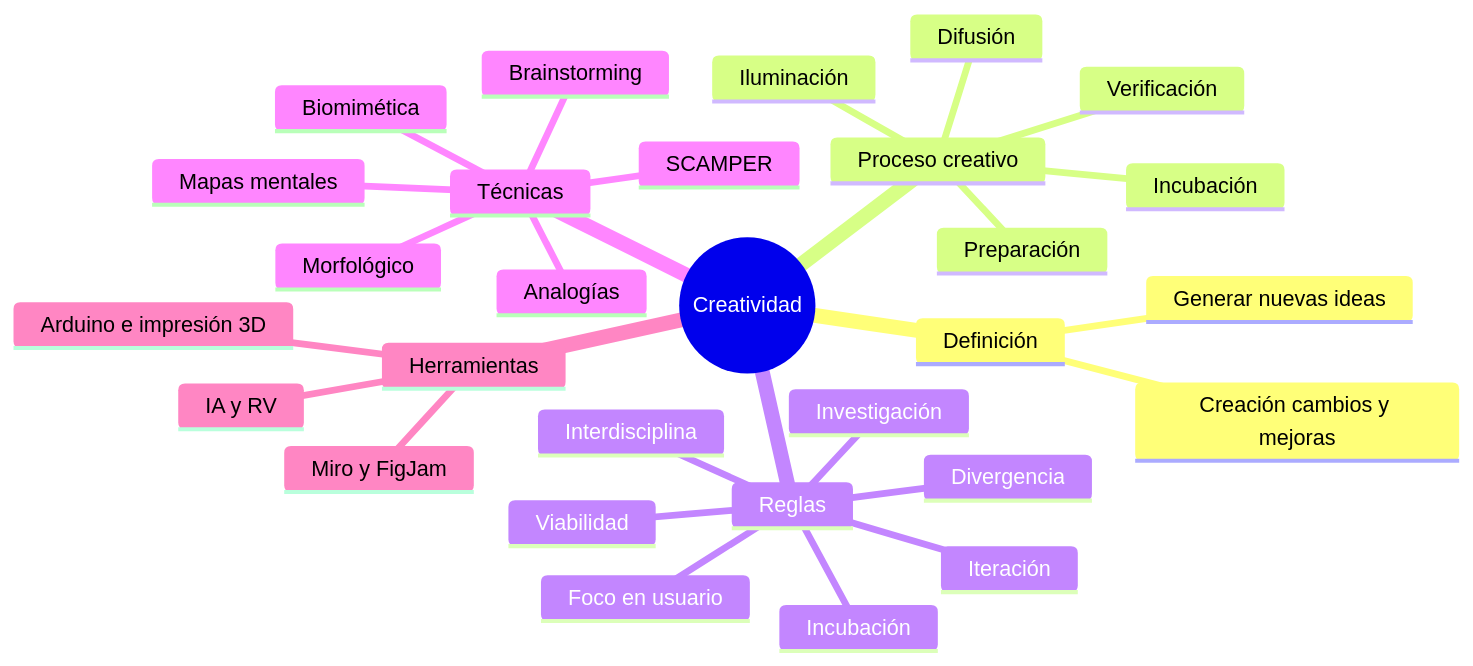
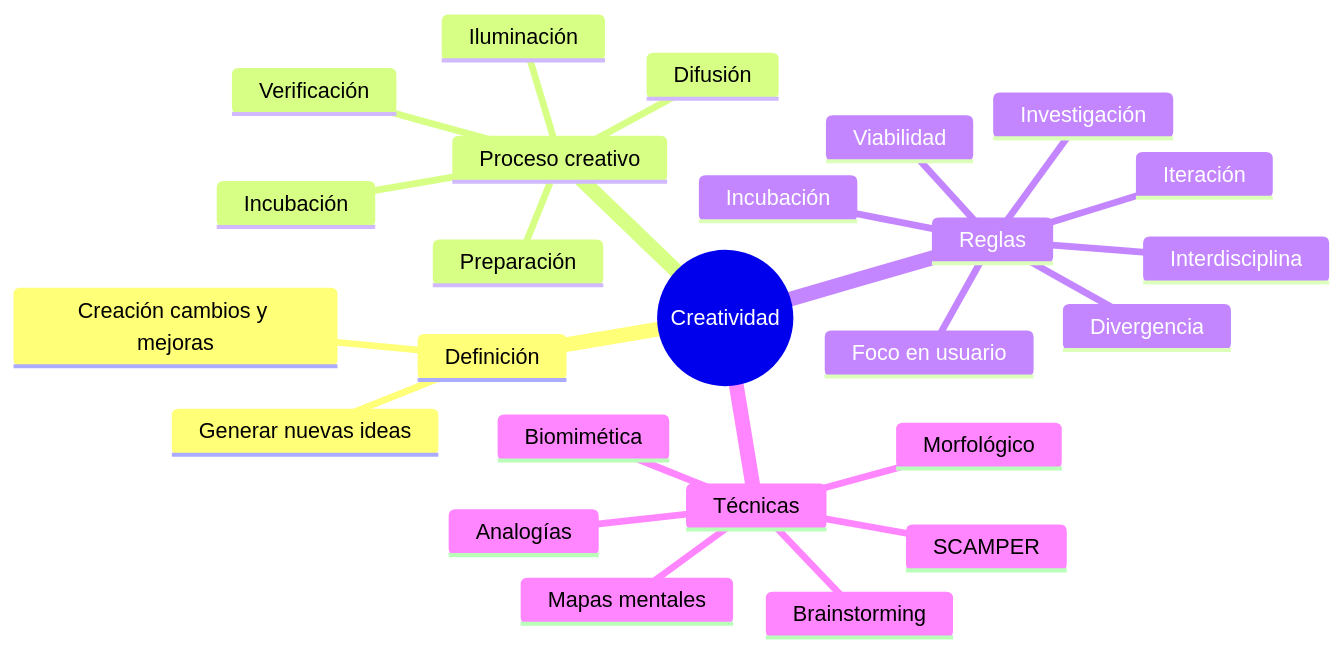
The first of 4 diagrams in parcial-1/11-creatividad-y-proceso-creativo.md (Valenpl/tecnologia-e-innovacion-uade), drawn with Mermaid before and after one commit. The commit also changed other lines of this file and 31 other files, not shown here.

````diff
--- a/parcial-1/11-creatividad-y-proceso-creativo.md
+++ b/parcial-1/11-creatividad-y-proceso-creativo.md
@@ -50,32 +49,28 @@
 ```mermaid
 mindmap
   root((Creatividad))
     Definición
       Generar nuevas ideas
       Creación cambios y mejoras
     Proceso creativo
       Preparación
       Incubación
       Iluminación
       Verificación
       Difusión
     Reglas
       Divergencia
       Investigación
       Incubación
       Iteración
       Foco en usuario
       Interdisciplina
       Viabilidad
     Técnicas
       SCAMPER
       Morfológico
       Brainstorming
       Biomimética
       Mapas mentales
       Analogías
-    Herramientas
-      Miro y FigJam
-      Arduino e impresión 3D
-      IA y RV
 ```
````
